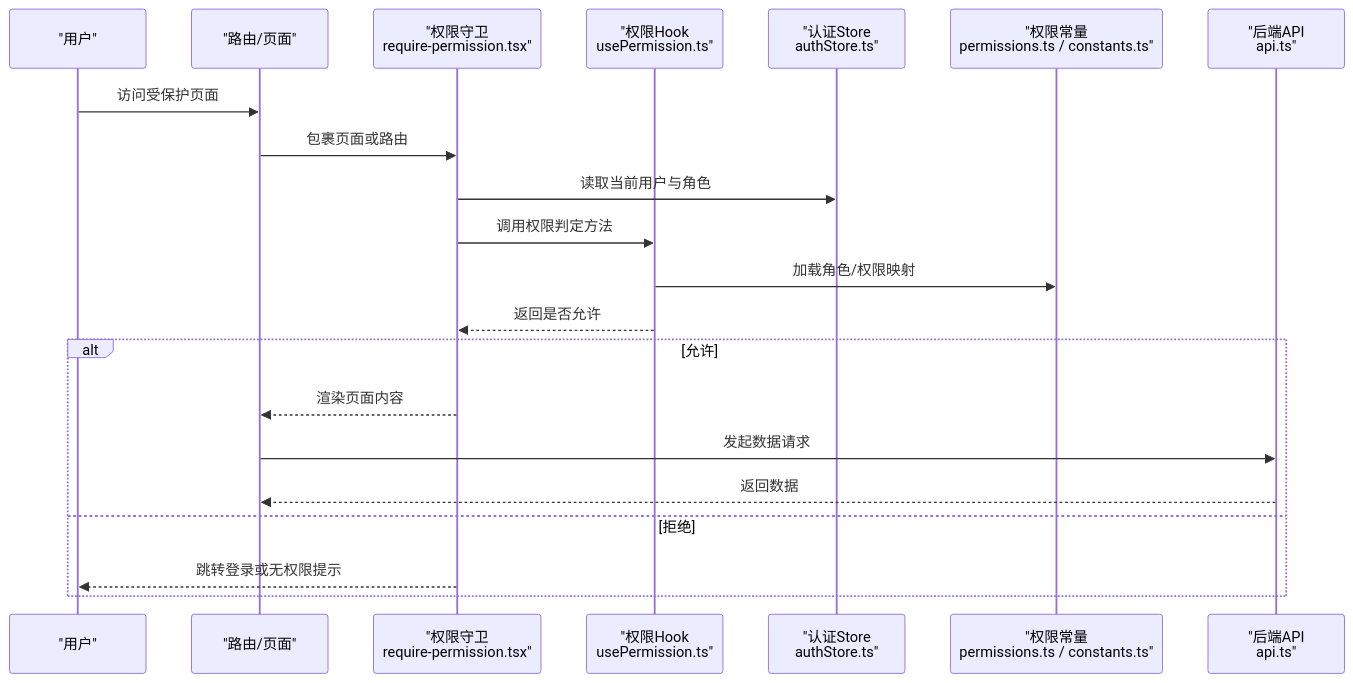
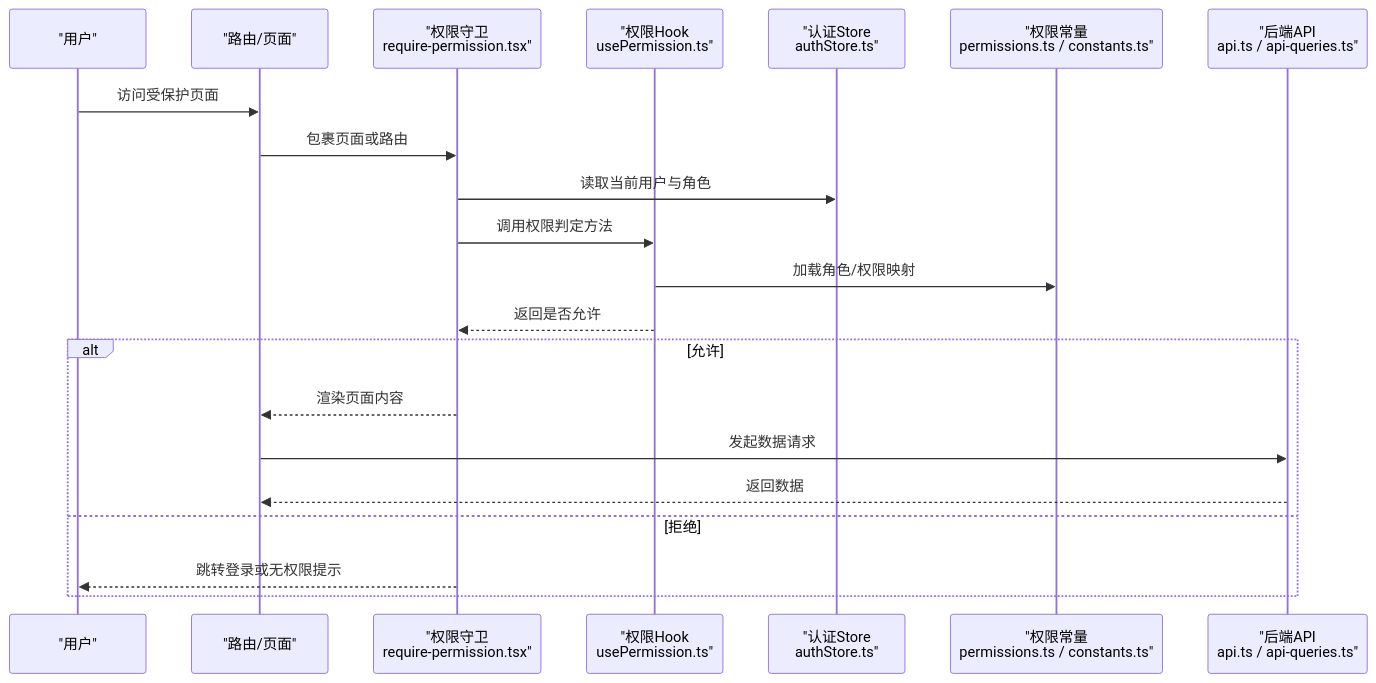
Before and after one commit to Damao997/newproject: the second of 9 diagrams in .qoder/repowiki/zh/content/页面组件/管理系统页面.md, drawn with Mermaid. The commit also changed other lines of this file and 10 other files, not shown here.

````diff
--- a/.qoder/repowiki/zh/content/页面组件/管理系统页面.md
+++ b/.qoder/repowiki/zh/content/页面组件/管理系统页面.md
@@ -105,23 +118,23 @@
 ```mermaid
 sequenceDiagram
 participant U as "用户"
 participant R as "路由/页面"
 participant G as "权限守卫<br/>require-permission.tsx"
 participant P as "权限Hook<br/>usePermission.ts"
 participant S as "认证Store<br/>authStore.ts"
 participant L as "权限常量<br/>permissions.ts / constants.ts"
-participant API as "后端API<br/>api.ts"
+participant API as "后端API<br/>api.ts / api-queries.ts"
 U->>R : 访问受保护页面
 R->>G : 包裹页面或路由
 G->>S : 读取当前用户与角色
 G->>P : 调用权限判定方法
 P->>L : 加载角色/权限映射
 P-->>G : 返回是否允许
 alt 允许
 G-->>R : 渲染页面内容
 R->>API : 发起数据请求
 API-->>R : 返回数据
 else 拒绝
 G-->>U : 跳转登录或无权限提示
 end
 ```
````
